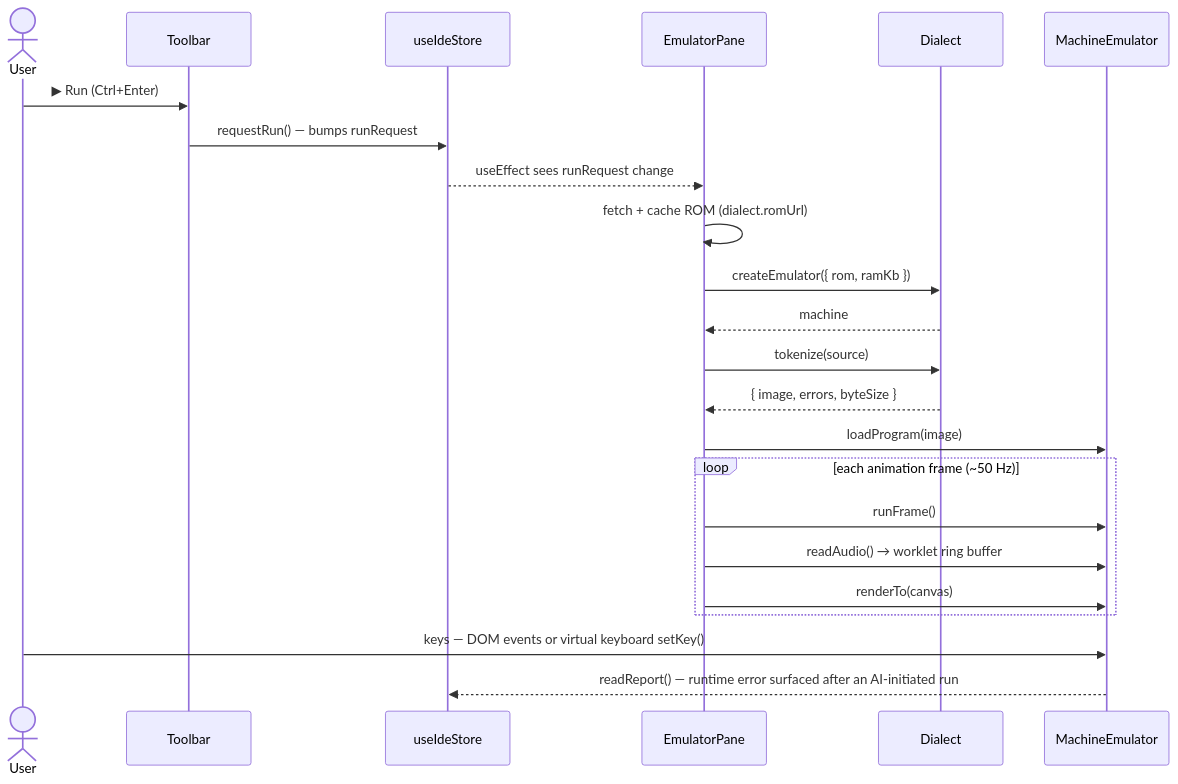
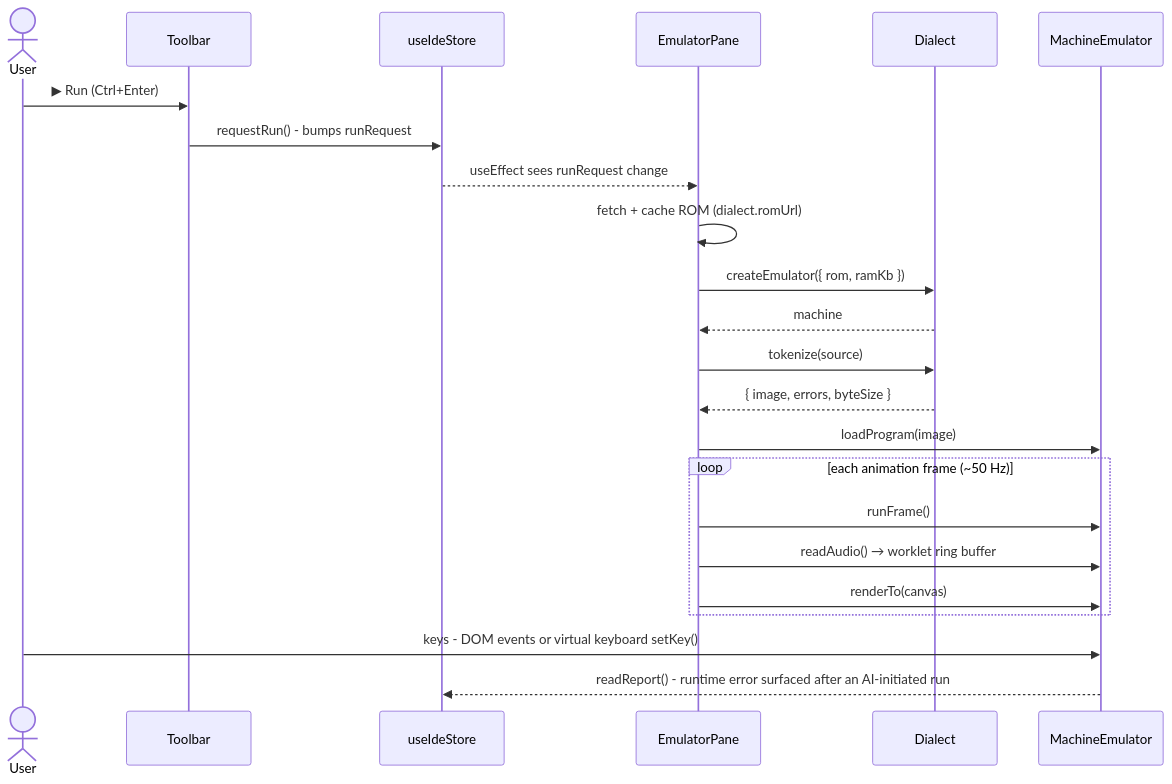
Before and after one commit to seanhodges/basically: the fourth of 7 diagrams in docs/contributing/architecture.md, drawn with Mermaid. The commit also changed other lines of this file and 247 other files, not shown here.

Commit message:
Add share link and return to IDE flows

````diff
--- a/docs/contributing/architecture.md
+++ b/docs/contributing/architecture.md
@@ -227,26 +227,26 @@
 ```mermaid
 sequenceDiagram
   actor U as User
   participant T as Toolbar
   participant S as useIdeStore
   participant E as EmulatorPane
   participant D as Dialect
   participant M as MachineEmulator
 
   U->>T: ▶ Run (Ctrl+Enter)
-  T->>S: requestRun() — bumps runRequest
+  T->>S: requestRun() - bumps runRequest
   S-->>E: useEffect sees runRequest change
   E->>E: fetch + cache ROM (dialect.romUrl)
   E->>D: createEmulator({ rom, ramKb })
   D-->>E: machine
   E->>D: tokenize(source)
   D-->>E: { image, errors, byteSize }
   E->>M: loadProgram(image)
   loop each animation frame (~50 Hz)
     E->>M: runFrame()
     E->>M: readAudio() → worklet ring buffer
     E->>M: renderTo(canvas)
   end
-  U->>M: keys — DOM events or virtual keyboard setKey()
-  M-->>S: readReport() — runtime error surfaced after an AI-initiated run
+  U->>M: keys - DOM events or virtual keyboard setKey()
+  M-->>S: readReport() - runtime error surfaced after an AI-initiated run
 ```
````
